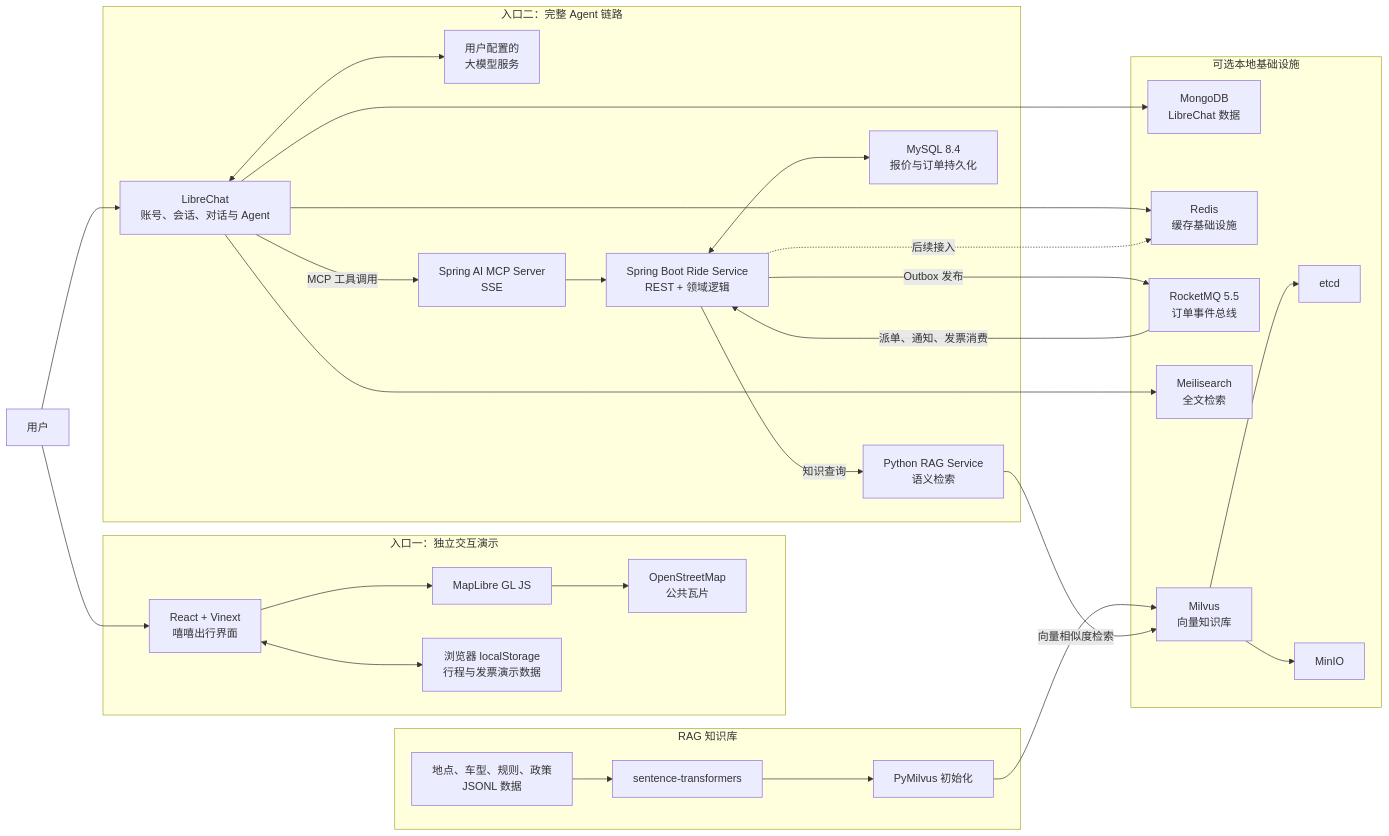
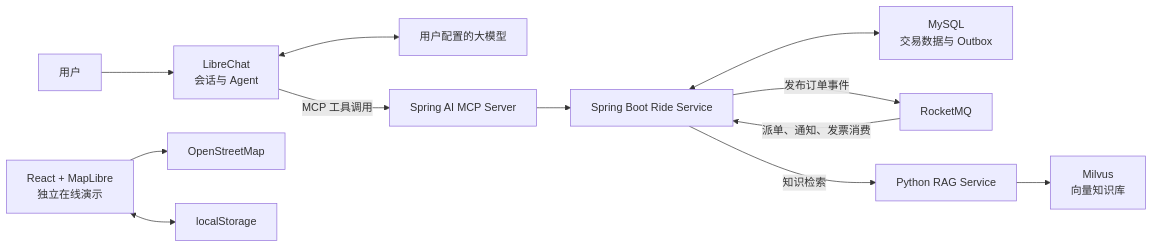
The first of 2 diagrams in README.md (YINPENG04/xixi-travel-agent), drawn with Mermaid before and after one commit. The commit also changed other lines of this file, not shown here.

Commit message:
docs: align README with project architecture

````diff
--- a/README.md
+++ b/README.md
@@ -58,57 +42,16 @@
 ```mermaid
 flowchart LR
-    U["用户"]
+    U["用户"] --> LC["LibreChat<br/>会话与 Agent"]
+    LC <--> LLM["用户配置的大模型"]
+    LC -->|"MCP 工具调用"| MCP["Spring AI MCP Server"]
 
-    subgraph Demo["入口一：独立交互演示"]
-        UI["React + Vinext<br/>嘻嘻出行界面"]
-        MAP["MapLibre GL JS"]
-        OSM["OpenStreetMap<br/>公共瓦片"]
-        LS["浏览器 localStorage<br/>行程与发票演示数据"]
-        UI --> MAP --> OSM
-        UI <--> LS
-    end
+    MCP --> RS["Spring Boot Ride Service"]
+    RS <--> DB["MySQL<br/>交易数据与 Outbox"]
+    RS -->|"发布订单事件"| MQ["RocketMQ"]
+    MQ -->|"派单、通知、发票消费"| RS
+    RS -->|"知识检索"| RAG["Python RAG Service"]
+    RAG --> VDB["Milvus<br/>向量知识库"]
 
-    subgraph Agent["入口二：完整 Agent 链路"]
-        LC["LibreChat<br/>账号、会话、对话与 Agent"]
-        LLM["用户配置的<br/>大模型服务"]
-        MCP["Spring AI MCP Server<br/>SSE"]
-        RS["Spring Boot Ride Service<br/>REST + 领域逻辑"]
-        RAG["Python RAG Service<br/>语义检索"]
-        MYSQL["MySQL 8.4<br/>报价与订单持久化"]
-
-        LC <--> LLM
-        LC -->|"MCP 工具调用"| MCP
-        MCP --> RS
-        RS -->|"知识查询"| RAG
-        RS <--> MYSQL
-    end
-
-    subgraph Infra["可选本地基础设施"]
-        MONGO["MongoDB<br/>LibreChat 数据"]
-        REDIS["Redis<br/>缓存基础设施"]
-        RMQ["RocketMQ 5.5<br/>订单事件总线"]
-        MEILI["Meilisearch<br/>全文检索"]
-        MILVUS["Milvus<br/>向量知识库"]
-        ETCD["etcd"]
-        MINIO["MinIO"]
-        MILVUS --> ETCD
-        MILVUS --> MINIO
-    end
-
-    subgraph Knowledge["RAG 知识库"]
-        JSONL["地点、车型、规则、政策<br/>JSONL 数据"]
-        EMB["sentence-transformers"]
-        SEED["PyMilvus 初始化"]
-        JSONL --> EMB --> SEED --> MILVUS
-        RAG -->|"向量相似度检索"| MILVUS
-    end
-
-    U --> UI
-    U --> LC
-    LC --> MONGO
-    LC --> REDIS
-    LC --> MEILI
-    RS -. 后续接入 .-> REDIS
-    RS -->|"Outbox 发布"| RMQ
-    RMQ -->|"派单、通知、发票消费"| RS
+    DEMO["React + MapLibre<br/>独立在线演示"] --> OSM["OpenStreetMap"]
+    DEMO <--> LS["localStorage"]
 ```
````
